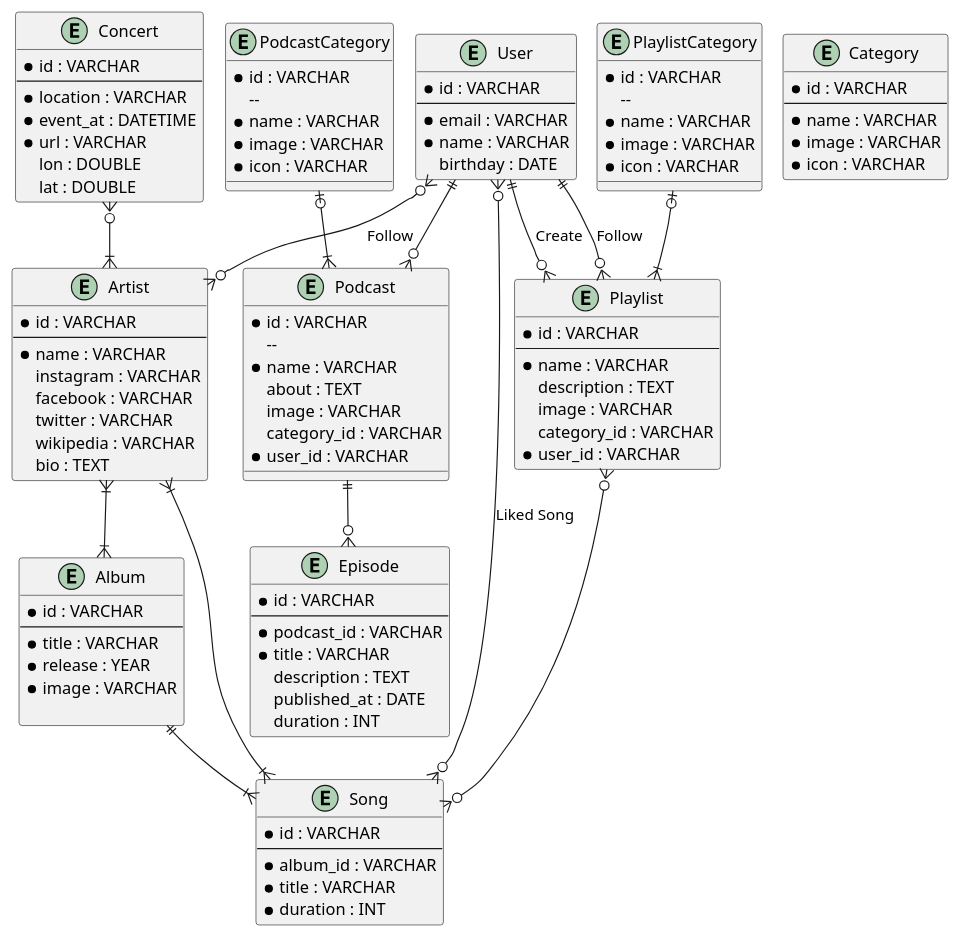
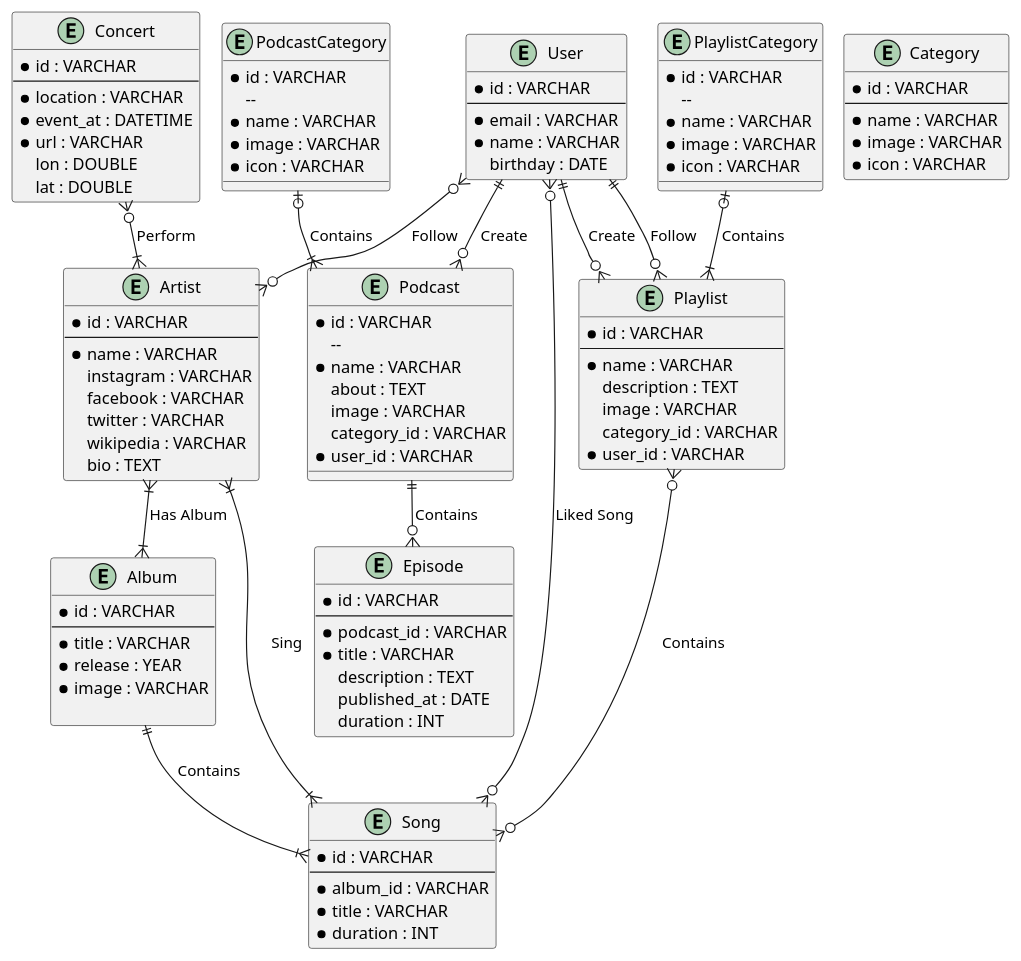
One commit to fkresna23/database-design-spotify changed the diagram in spotify.puml. Above: the diagram before and after it, drawn with PlantUML.

Commit message:
Add detail relasi

```diff
--- a/spotify.puml
+++ b/spotify.puml
@@ -1,124 +1,126 @@
 @startuml
 !pragma layout smetana
 entity Artist {
     * id : VARCHAR
     --
     * name : VARCHAR
     instagram : VARCHAR
     facebook : VARCHAR
     twitter : VARCHAR
     wikipedia : VARCHAR
     bio : TEXT
 }
 
 entity Album {
     * id : VARCHAR
     --
     * title : VARCHAR
     * release : YEAR
     * image : VARCHAR
 
 }
 
 entity Song {
     * id : VARCHAR
     --
     * album_id : VARCHAR
     * title : VARCHAR
     * duration : INT
 }
 
 entity Category {
     * id : VARCHAR
     --
     * name : VARCHAR
     * image : VARCHAR
     * icon : VARCHAR
 }
 
 entity Playlist {
     * id : VARCHAR
     --
     * name : VARCHAR
     description : TEXT
     image : VARCHAR
     category_id : VARCHAR
     * user_id : VARCHAR
 }
 
 entity PlaylistCategory {
      * id : VARCHAR
         --
      * name : VARCHAR
      * image : VARCHAR
      * icon : VARCHAR
 }
 
 entity PodcastCategory {
      * id : VARCHAR
         --
      * name : VARCHAR
      * image : VARCHAR
      * icon : VARCHAR
 }
 
 entity Podcast {
     * id : VARCHAR
         --
     * name : VARCHAR
     about : TEXT
     image : VARCHAR
     category_id : VARCHAR
     * user_id : VARCHAR
 }
 
 entity Episode {
     * id : VARCHAR
     --
     * podcast_id : VARCHAR
     * title : VARCHAR
     description : TEXT
     published_at : DATE
     duration : INT
 }
 
 entity User {
     * id : VARCHAR
     --
     * email : VARCHAR
     * name : VARCHAR
     birthday : DATE
 }
 
 entity Concert {
     * id : VARCHAR
     --
     * location : VARCHAR
     * event_at : DATETIME
     * url : VARCHAR
     lon : DOUBLE
     lat : DOUBLE
 }
 
-Artist }|--|{ Album
+Artist }|--|{ Album : Has Album
 
-Album ||--|{ Song
-Artist }|--|{ Song
+Album ||--|{ Song : Contains
+Artist }|--|{ Song : Sing
 
-PlaylistCategory |o--|{ Playlist
+PlaylistCategory |o--|{ Playlist : Contains
 User ||--o{ Playlist : Create
-Playlist }o--o{ Song
+Playlist }o--o{ Song : Contains
 
-PodcastCategory |o--|{ Podcast
-User ||--o{ Podcast
+PodcastCategory |o--|{ Podcast : Contains
+User ||--o{ Podcast : Create
 
-Podcast ||--o{ Episode
+Podcast ||--o{ Episode : Contains
 
-Concert }o--|{ Artist
+Concert }o--|{ Artist : Perform
 
 User }o--o{ Artist : Follow
 
 User }o--o{Song : Liked Song
 
 User ||--o{ Playlist : Follow
+
+
 @enduml
```
